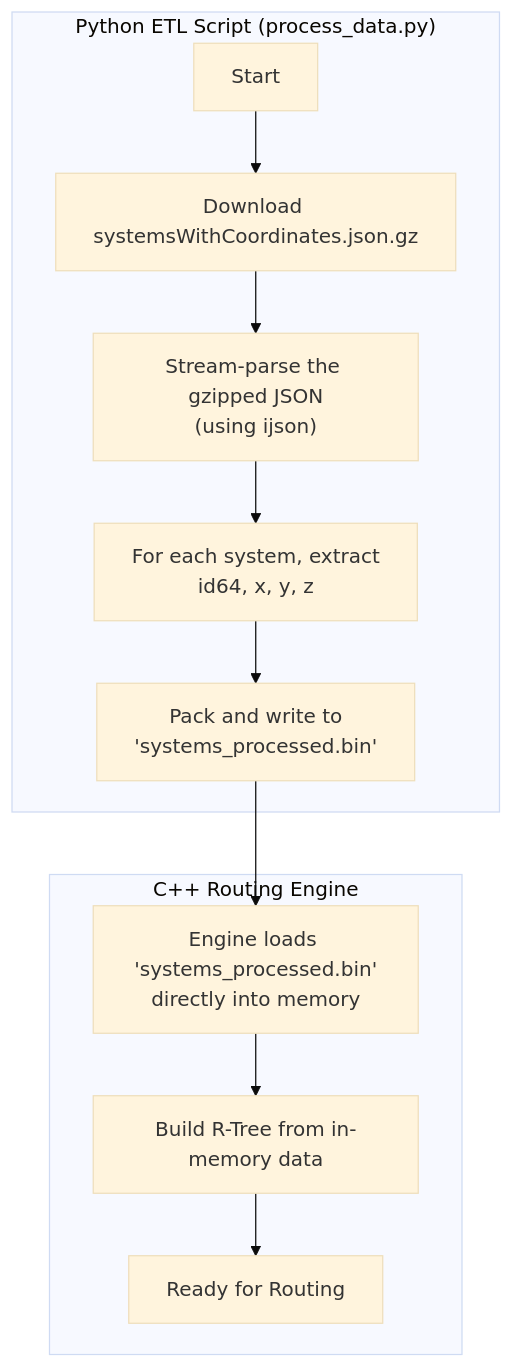
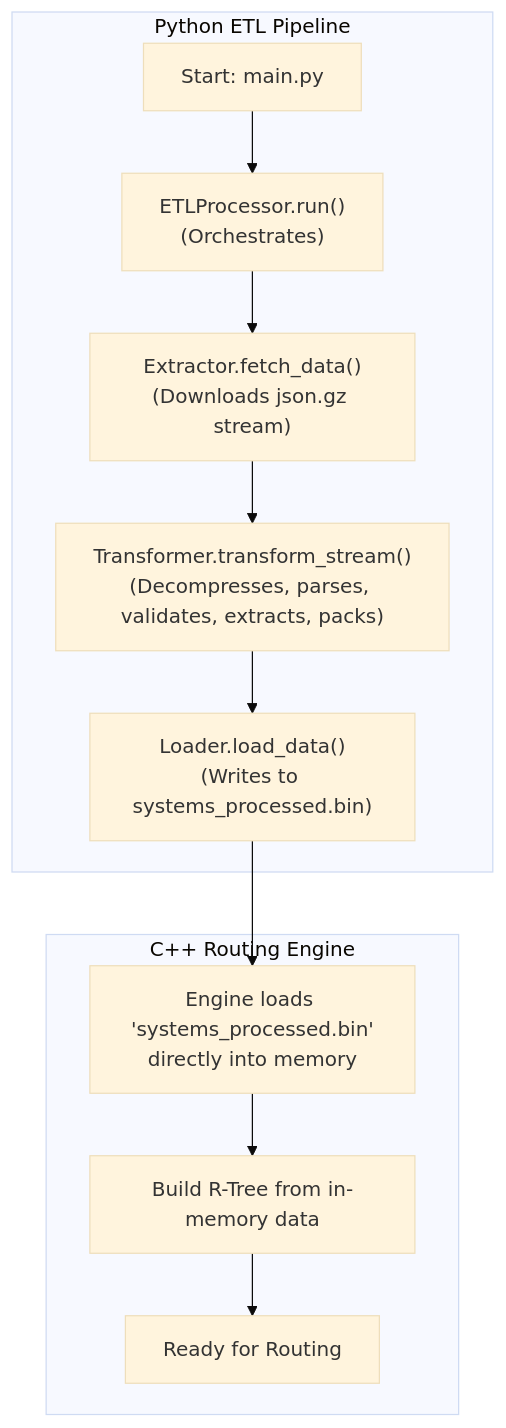
Before and after one commit to mnaatjes/elite-dangerous-dev: the diagram in pipeline/README.md, drawn with Mermaid (base theme). The commit also changed other lines of this file and 20 other files, not shown here.

````diff
--- a/pipeline/README.md
+++ b/pipeline/README.md
@@ -15,15 +15,15 @@
 ```mermaid
 graph TD
-    subgraph "Python ETL Script (process_data.py)"
-        A["Start"] --> B["Download systemsWithCoordinates.json.gz"];
-        B --> C["Stream-parse the gzipped JSON<br/>(using ijson)"];
-        C --> D["For each system, extract<br/>id64, x, y, z"];
-        D --> E["Pack and write to<br/>'systems_processed.bin'"];
+    subgraph "Python ETL Pipeline"
+        A["Start: main.py"] --> B["ETLProcessor.run()<br/>(Orchestrates)"];
+        B --> C["Extractor.fetch_data()<br/>(Downloads json.gz stream)"];
+        C --> D["Transformer.transform_stream()<br/>(Decompresses, parses, validates, extracts, packs)"];
+        D --> E["Loader.load_data()<br/>(Writes to systems_processed.bin)"];
     end
 
     subgraph "C++ Routing Engine"
         E --> F["Engine loads 'systems_processed.bin'<br/>directly into memory"];
         F --> G["Build R-Tree from in-memory data"];
         G --> H["Ready for Routing"];
     end
 ```
````
